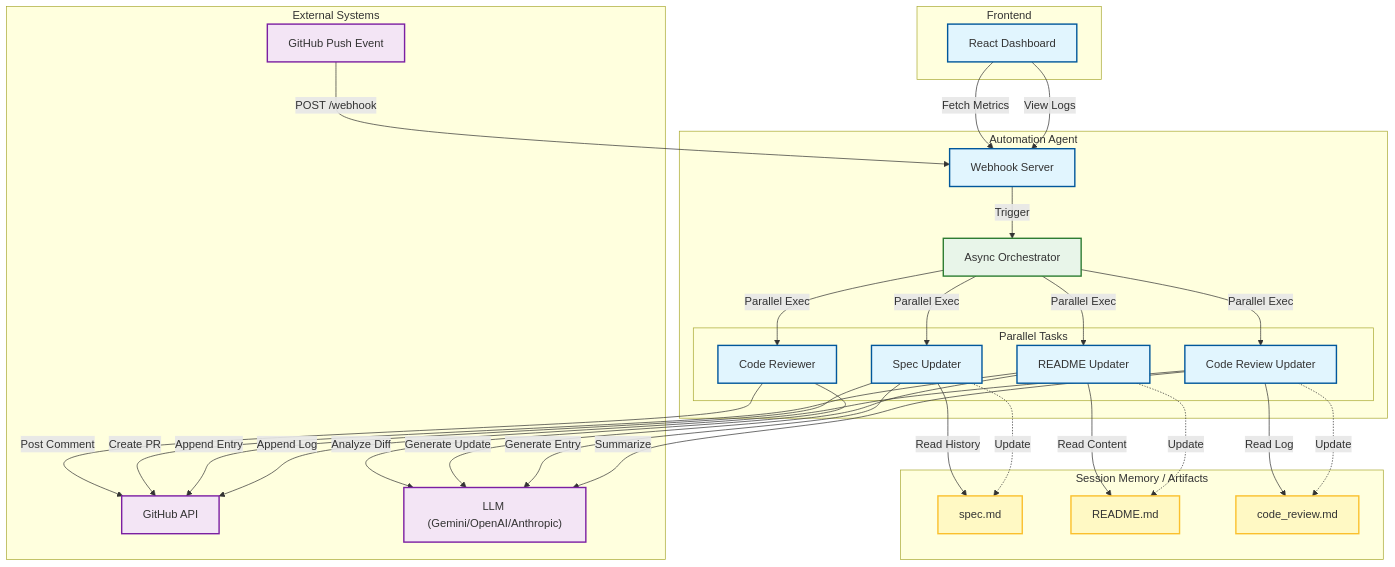
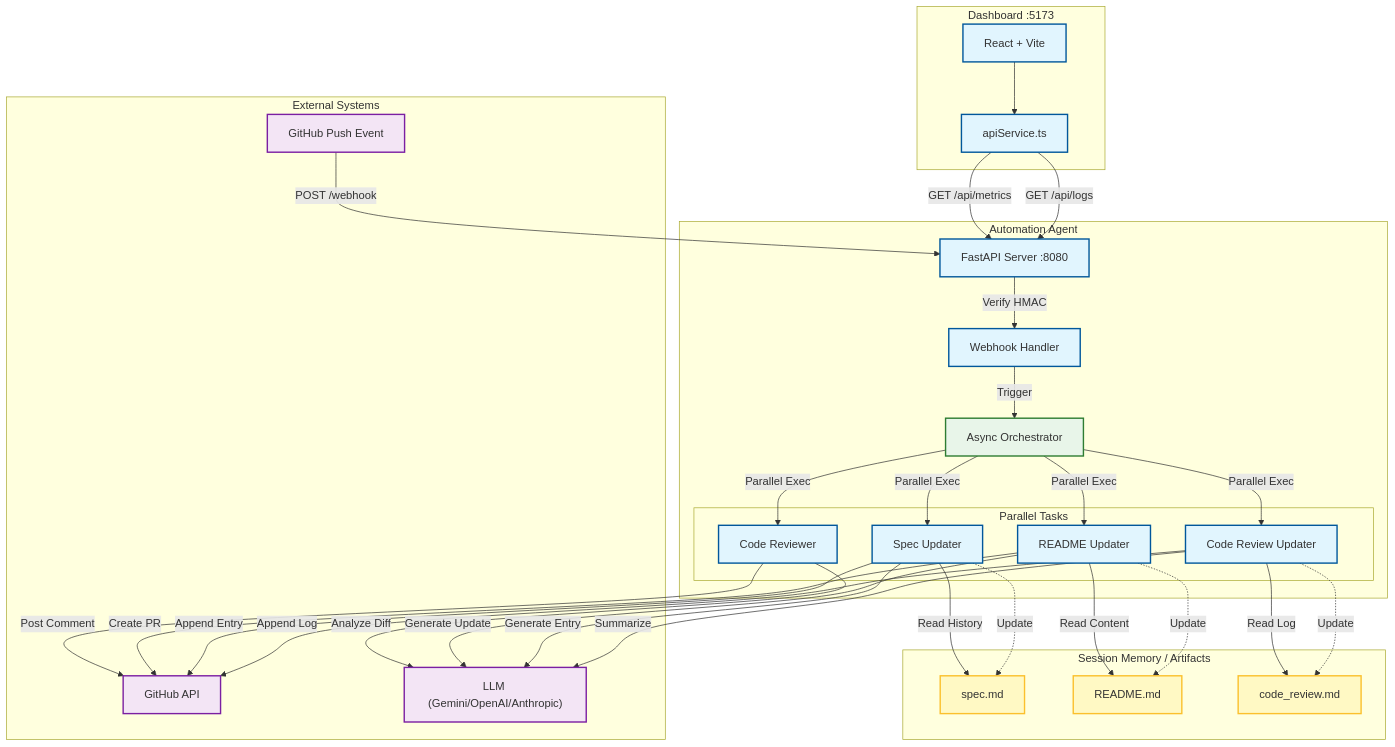
Before and after one commit to Amitro123/automation-service: the diagram in ARCHITECTURE.md, drawn with Mermaid. The commit also changed other lines of this file, not shown here.

Commit message:
docs: update ARCHITECTURE.md with FastAPI and Dashboard integration

````diff
--- a/ARCHITECTURE.md
+++ b/ARCHITECTURE.md
@@ -7,74 +10,78 @@
 ```mermaid
 graph TD
     %% Styles
     classDef component fill:#e1f5fe,stroke:#01579b,stroke-width:2px;
     classDef memory fill:#fff9c4,stroke:#fbc02d,stroke-width:2px;
     classDef external fill:#f3e5f5,stroke:#7b1fa2,stroke-width:2px;
     classDef orchestrator fill:#e8f5e9,stroke:#2e7d32,stroke-width:2px;
 
     %% External Systems
     subgraph External[External Systems]
         GitHub[GitHub Push Event]:::external
         GitHubAPI[GitHub API]:::external
         LLM["LLM (Gemini/OpenAI/Anthropic)"]:::external
     end
 
     %% Core System
     subgraph System[Automation Agent]
-        Webhook[Webhook Server]:::component
+        FastAPI[FastAPI Server :8080]:::component
+        Webhook[Webhook Handler]:::component
         Orchestrator[Async Orchestrator]:::orchestrator
         
         %% Parallel Tasks
         subgraph Tasks[Parallel Tasks]
             Reviewer[Code Reviewer]:::component
             ReadmeUp[README Updater]:::component
             SpecUp[Spec Updater]:::component
             ReviewUp[Code Review Updater]:::component
         end
     end
 
     %% Session Memory / Persistent Storage
     subgraph Memory[Session Memory / Artifacts]
         SpecMD[spec.md]:::memory
         ReadmeMD[README.md]:::memory
         ReviewMD[code_review.md]:::memory
     end
 
     %% Dashboard
-    subgraph Frontend[Frontend]
-        Dashboard[React Dashboard]:::component
+    subgraph Frontend[Dashboard :5173]
+        Dashboard[React + Vite]:::component
+        ApiService[apiService.ts]:::component
     end
 
     %% Data Flow
-    GitHub -->|POST /webhook| Webhook
+    GitHub -->|POST /webhook| FastAPI
+    FastAPI -->|Verify HMAC| Webhook
     Webhook -->|Trigger| Orchestrator
     Orchestrator -->|Parallel Exec| Reviewer
     Orchestrator -->|Parallel Exec| ReadmeUp
     Orchestrator -->|Parallel Exec| SpecUp
     Orchestrator -->|Parallel Exec| ReviewUp
 
     %% Dashboard Interactions
-    Dashboard -->|Fetch Metrics| Webhook
-    Dashboard -->|View Logs| Webhook
+    ApiService -->|GET /api/metrics| FastAPI
+    ApiService -->|GET /api/logs| FastAPI
+    Dashboard --> ApiService
 
     %% Component Interactions
     Reviewer -->|Analyze Diff| LLM
     Reviewer -->|Post Comment| GitHubAPI
 
     ReadmeUp -->|Read Content| ReadmeMD
     ReadmeUp -->|Generate Update| LLM
     ReadmeUp -->|Create PR| GitHubAPI
 
     SpecUp -->|Read History| SpecMD
     SpecUp -->|Generate Entry| LLM
     SpecUp -->|Append Entry| GitHubAPI
 
     ReviewUp -->|Read Log| ReviewMD
     ReviewUp -->|Summarize| LLM
     ReviewUp -->|Append Log| GitHubAPI
 
     %% Memory Updates
     SpecUp -.->|Update| SpecMD
     ReadmeUp -.->|Update| ReadmeMD
     ReviewUp -.->|Update| ReviewMD
 ```
````
